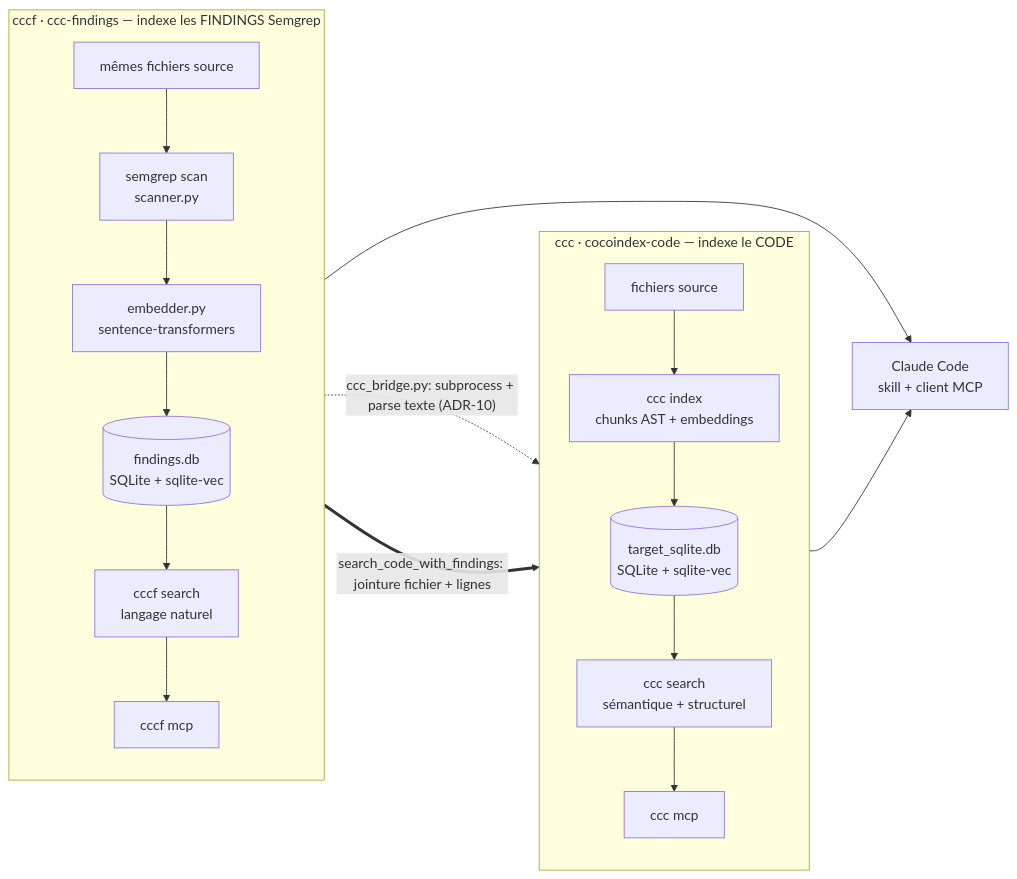
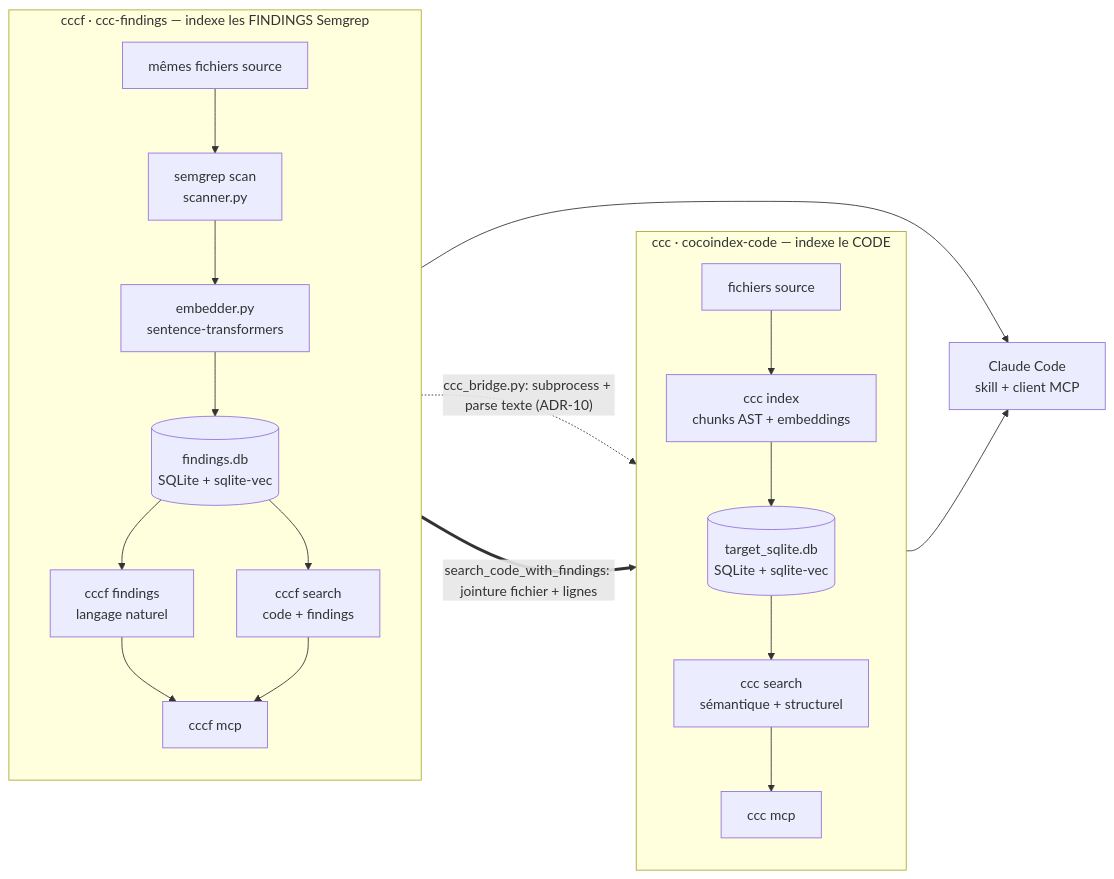
One commit to elkouhen/ccc-findings changed the diagram in README.md. Above: the diagram before and after it, drawn with Mermaid. The commit also changed other lines of this file and 13 other files, not shown here.

````diff
--- a/README.md
+++ b/README.md
@@ -19,33 +19,36 @@
 ```mermaid
 flowchart LR
     subgraph ccc["ccc · cocoindex-code — indexe le CODE"]
         direction TB
         CODE["fichiers source"] --> CIDX["ccc index
 chunks AST + embeddings"]
         CIDX --> CDB[("target_sqlite.db
 SQLite + sqlite-vec")]
         CDB --> CSEARCH["ccc search
 sémantique + structurel"]
         CSEARCH --> CMCP["ccc mcp"]
     end
 
     subgraph cccf["cccf · ccc-findings — indexe les FINDINGS Semgrep"]
         direction TB
         REPO["mêmes fichiers source"] --> SCAN["semgrep scan
 scanner.py"]
         SCAN --> EMB["embedder.py
 sentence-transformers"]
         EMB --> FDB[("findings.db
 SQLite + sqlite-vec")]
+        FDB --> FFIND["cccf findings
+langage naturel"]
         FDB --> FSEARCH["cccf search
-langage naturel"]
-        FSEARCH --> FMCP["cccf mcp"]
+code + findings"]
+        FFIND --> FMCP["cccf mcp"]
+        FSEARCH --> FMCP
     end
 
     FSEARCH -. "ccc_bridge.py: subprocess + parse texte (ADR-10)" .-> CSEARCH
     FMCP == "search_code_with_findings: jointure fichier + lignes" ==> CMCP
 
     CMCP --> AGENT["Claude Code
 skill + client MCP"]
     FMCP --> AGENT
 ```
````
